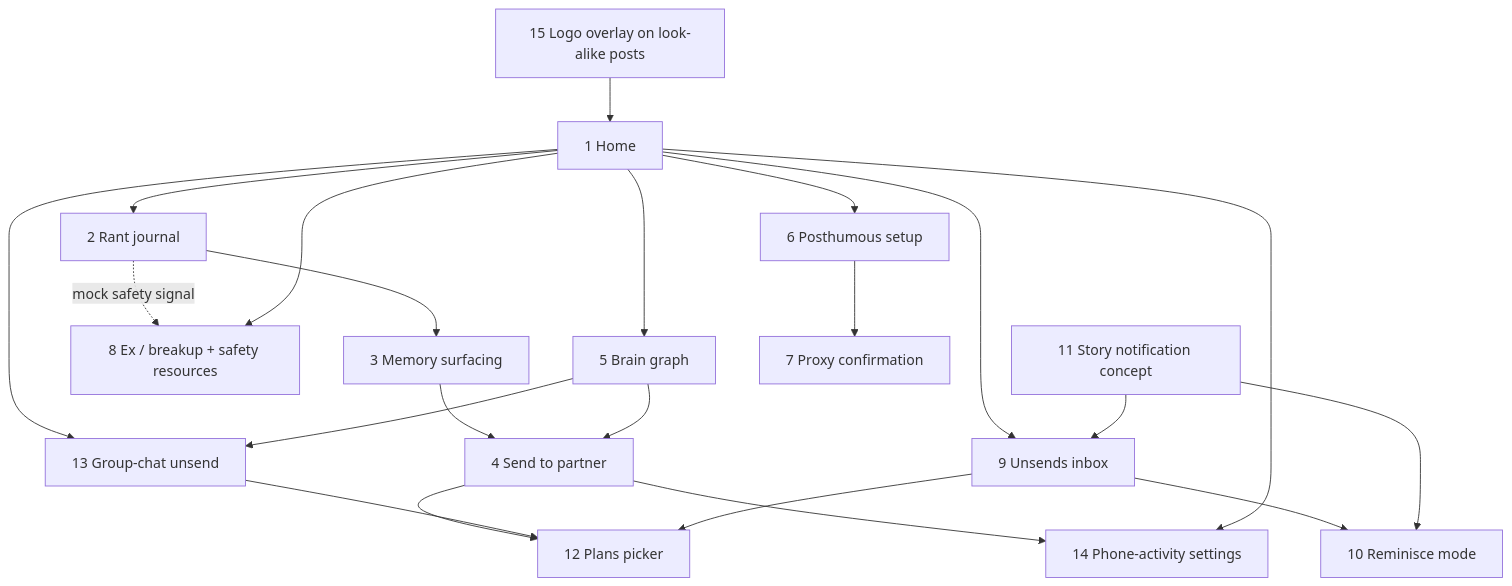
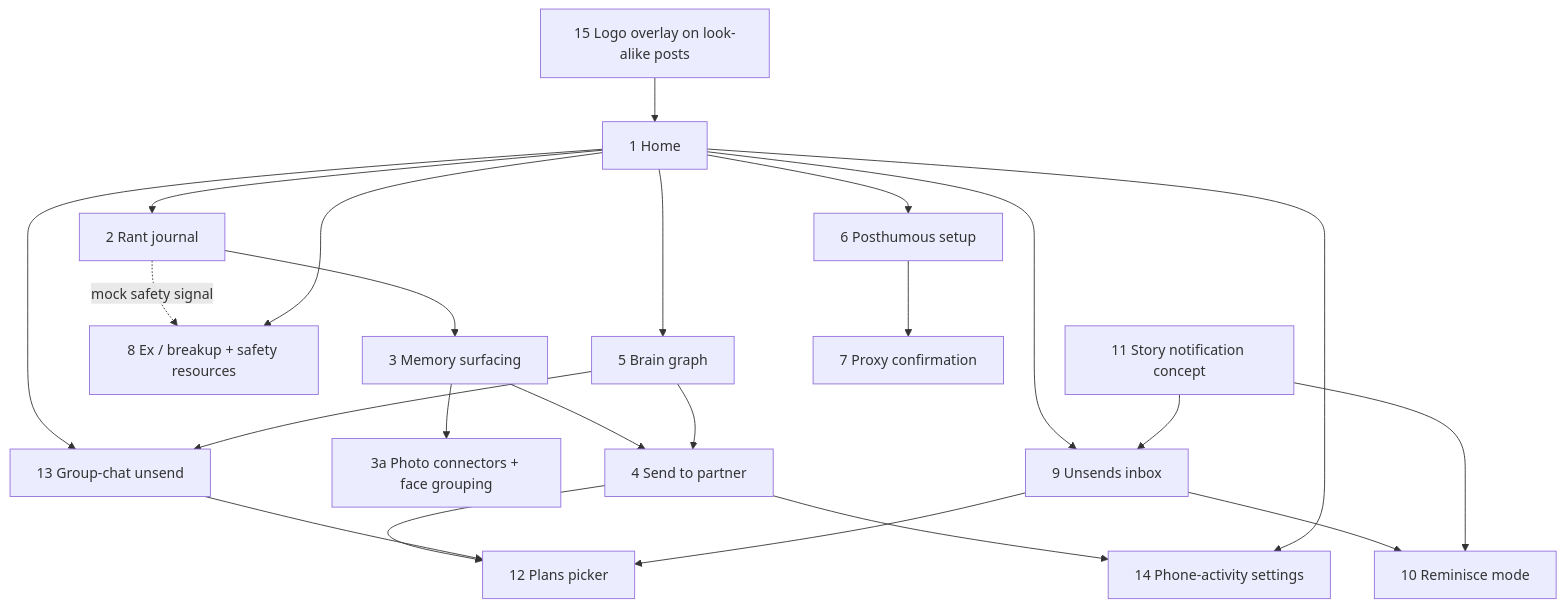
One commit to MuditUpadhyay04/HackTX changed the diagram in Unsaid_Frontend_Build_Spec.md. Above: the diagram before and after it, drawn with Mermaid. The commit also changed other lines of this file and 9 other files, not shown here.

Commit message:
frontend: prompt v2 (build log + 10 Haiku reviewers), face-grouping feature, BACKEND_REQUESTS for Mudit; spec v5, build spec v3

````diff
--- a/Unsaid_Frontend_Build_Spec.md
+++ b/Unsaid_Frontend_Build_Spec.md
@@ -294,24 +334,25 @@
 ```mermaid
 flowchart TD
   OV[15 Logo overlay on look-alike posts] --> HOME
   HOME[1 Home] --> RANT[2 Rant journal]
   RANT --> MEM[3 Memory surfacing]
   RANT -. mock safety signal .-> EX[8 Ex / breakup + safety resources]
   MEM --> SEND[4 Send to partner]
+  MEM --> FACES[3a Photo connectors + face grouping]
   SEND --> PLANS[12 Plans picker]
   SEND --> DELIV[14 Phone-activity settings]
   HOME --> GROUP[13 Group-chat unsend]
   GROUP --> PLANS
   HOME --> GRAPH[5 Brain graph]
   GRAPH --> SEND
   GRAPH --> GROUP
   HOME --> INBOX[9 Unsends inbox]
   INBOX --> REM[10 Reminisce mode]
   INBOX --> PLANS
   STORY[11 Story notification concept] --> REM
   STORY --> INBOX
   HOME --> POST[6 Posthumous setup]
   POST --> PROXY[7 Proxy confirmation]
   HOME --> EX
   HOME --> DELIV
 ```
````
